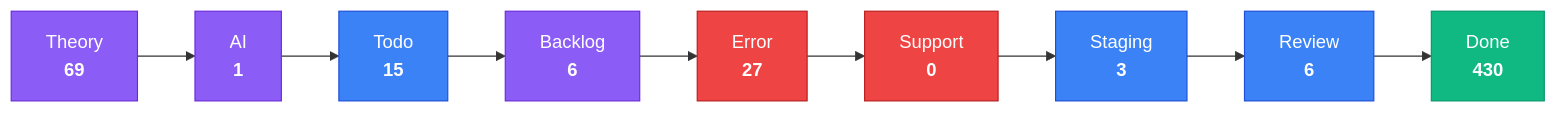
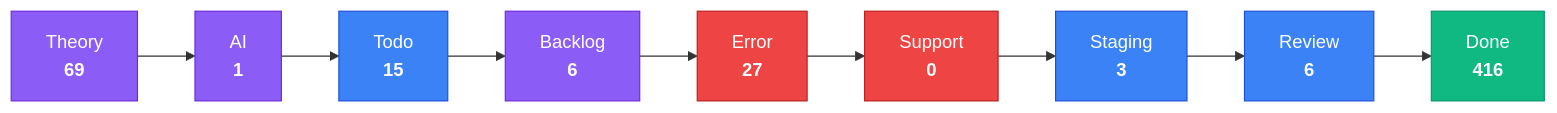
The third of 4 diagrams in apps/kbve/astro-kbve/src/content/docs/dashboard/kanban-data.mdx (KBVE/kbve), drawn with Mermaid before and after one commit. The commit also changed other lines of this file and 8 other files, not shown here.

````diff
--- a/apps/kbve/astro-kbve/src/content/docs/dashboard/kanban-data.mdx
+++ b/apps/kbve/astro-kbve/src/content/docs/dashboard/kanban-data.mdx
@@ -80,28 +80,28 @@
 ```mermaid
 flowchart LR
     classDef planning fill:#8b5cf6,stroke:#6d28d9,color:#fff
     classDef active fill:#3b82f6,stroke:#1d4ed8,color:#fff
     classDef blocked fill:#ef4444,stroke:#b91c1c,color:#fff
     classDef done fill:#10b981,stroke:#059669,color:#fff
     Theory["Theory<br/><strong>69</strong>"]
     Theory --> AI
     AI["AI<br/><strong>1</strong>"]
     AI --> Todo
     Todo["Todo<br/><strong>15</strong>"]
     Todo --> Backlog
     Backlog["Backlog<br/><strong>6</strong>"]
     Backlog --> Error
     Error["Error<br/><strong>27</strong>"]
     Error --> Support
     Support["Support<br/><strong>0</strong>"]
     Support --> Staging
     Staging["Staging<br/><strong>3</strong>"]
     Staging --> Review
     Review["Review<br/><strong>6</strong>"]
     Review --> Done
-    Done["Done<br/><strong>430</strong>"]
+    Done["Done<br/><strong>416</strong>"]
     class Theory,AI,Backlog planning
     class Todo,Staging,Review active
     class Error,Support blocked
     class Done done
 ```
````
